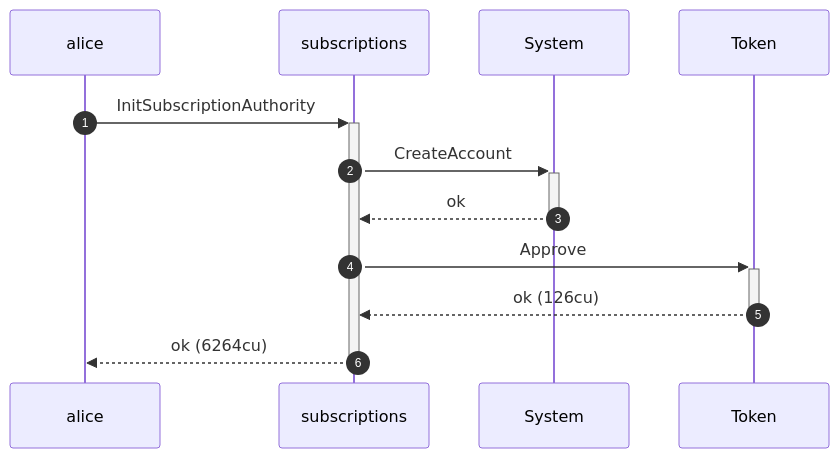
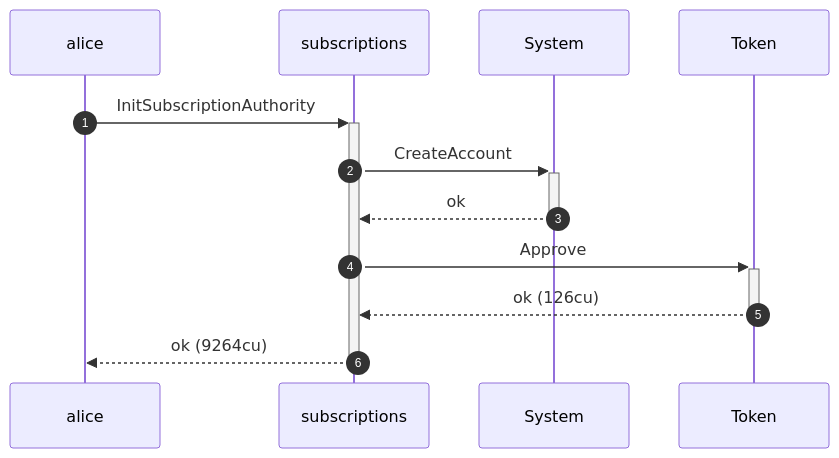
Before and after one commit to cds-rs/subscriptions: the second of 4 diagrams in dsl_tests/close-without-a-receiver-fails-when-a-sponsor-funded.md, drawn with Mermaid. The commit also changed other lines of this file and 224 other files, not shown here.

````diff
--- a/dsl_tests/close-without-a-receiver-fails-when-a-sponsor-funded.md
+++ b/dsl_tests/close-without-a-receiver-fails-when-a-sponsor-funded.md
@@ -37,14 +38,14 @@
 ```mermaid
 sequenceDiagram
     autonumber
     participant alice
     participant subscriptions
     participant System
     participant Token
     alice ->>+ subscriptions: InitSubscriptionAuthority
     subscriptions ->>+ System: CreateAccount
     System -->>- subscriptions: ok
     subscriptions ->>+ Token: Approve
     Token -->>- subscriptions: ok (126cu)
-    subscriptions -->>- alice: ok (6264cu)
+    subscriptions -->>- alice: ok (9264cu)
 ```
````
